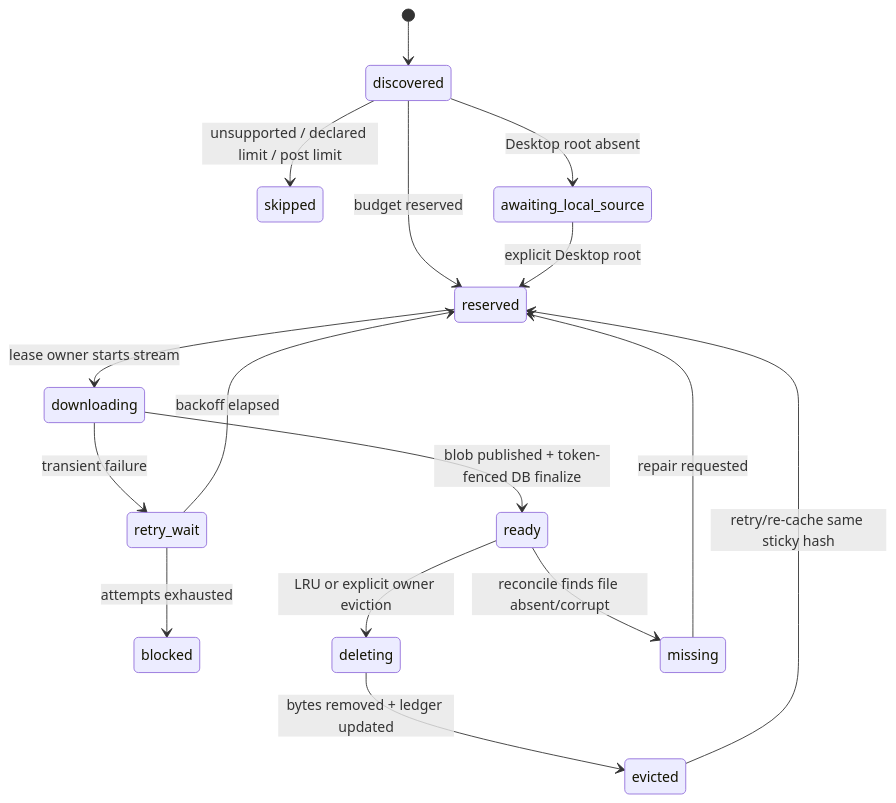
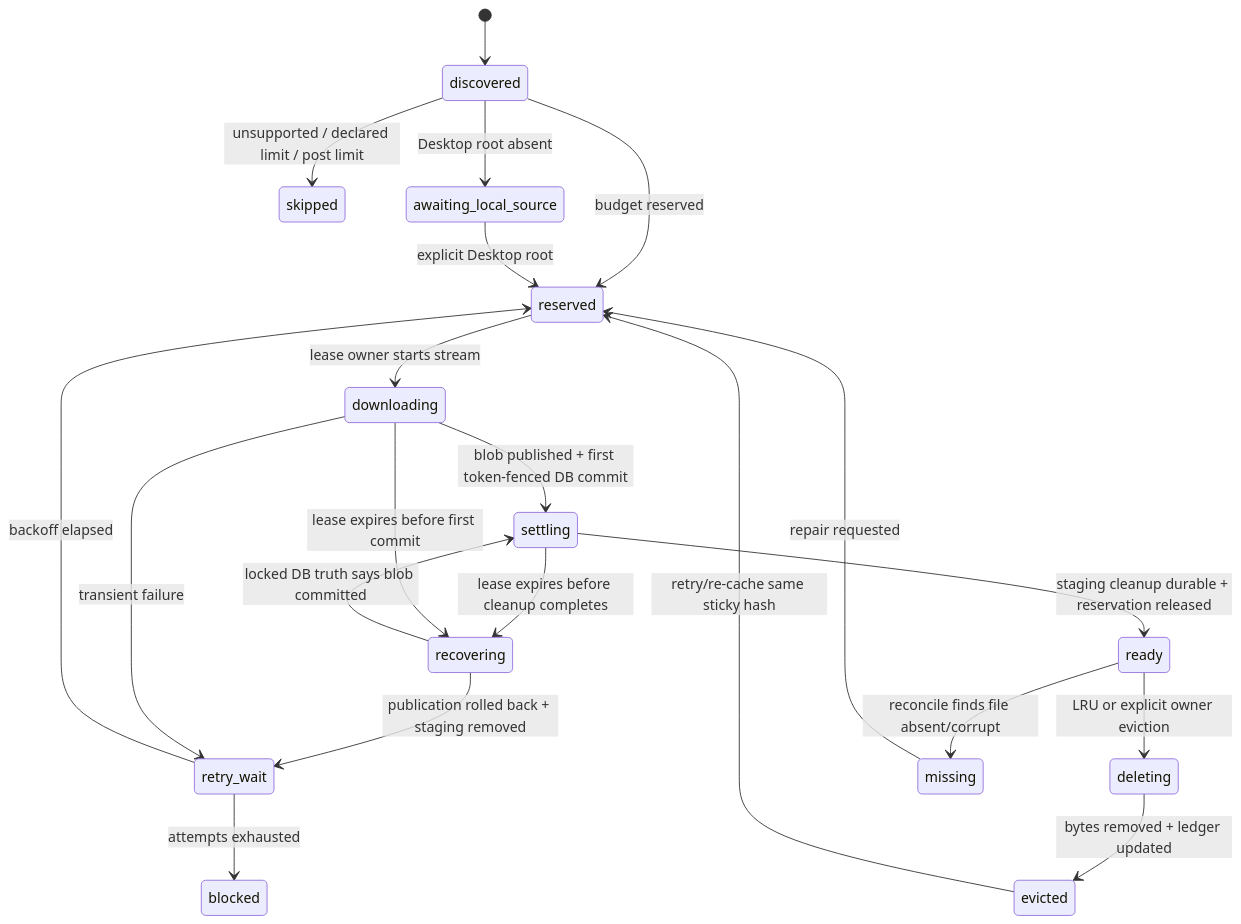
One commit to cosZone/koharu-suite changed the first of 2 diagrams in docs/goals/G2.3-local-media-cache.md. Above: the diagram before and after it, drawn with Mermaid. The commit also changed other lines of this file and 4 other files, not shown here.

````diff
--- a/docs/goals/G2.3-local-media-cache.md
+++ b/docs/goals/G2.3-local-media-cache.md
@@ -152,18 +152,23 @@
 ```mermaid
 stateDiagram-v2
     [*] --> discovered
     discovered --> skipped: unsupported / declared limit / post limit
     discovered --> awaiting_local_source: Desktop root absent
     discovered --> reserved: budget reserved
     awaiting_local_source --> reserved: explicit Desktop root
     reserved --> downloading: lease owner starts stream
-    downloading --> ready: blob published + token-fenced DB finalize
+    downloading --> settling: blob published + first token-fenced DB commit
+    settling --> ready: staging cleanup durable + reservation released
+    settling --> recovering: lease expires before cleanup completes
+    downloading --> recovering: lease expires before first commit
+    recovering --> settling: locked DB truth says blob committed
+    recovering --> retry_wait: publication rolled back + staging removed
     downloading --> retry_wait: transient failure
     retry_wait --> reserved: backoff elapsed
     retry_wait --> blocked: attempts exhausted
     ready --> deleting: LRU or explicit owner eviction
     deleting --> evicted: bytes removed + ledger updated
     evicted --> reserved: retry/re-cache same sticky hash
     ready --> missing: reconcile finds file absent/corrupt
     missing --> reserved: repair requested
 ```
````
